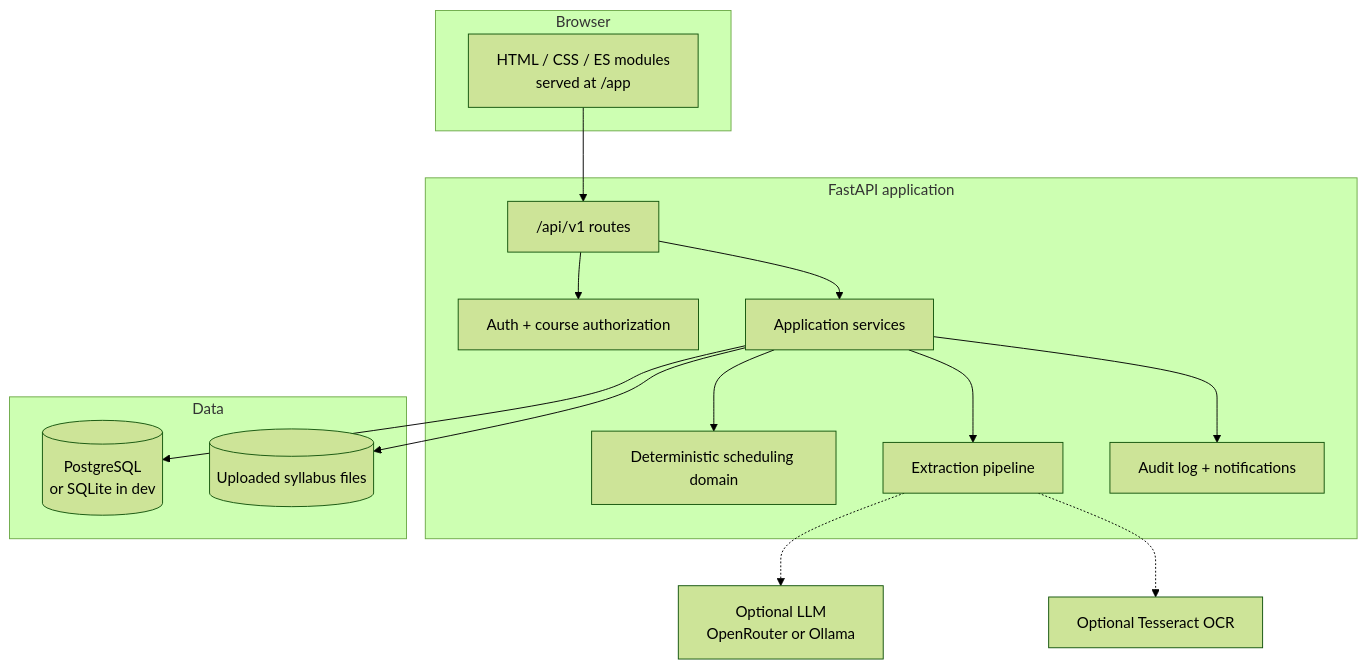
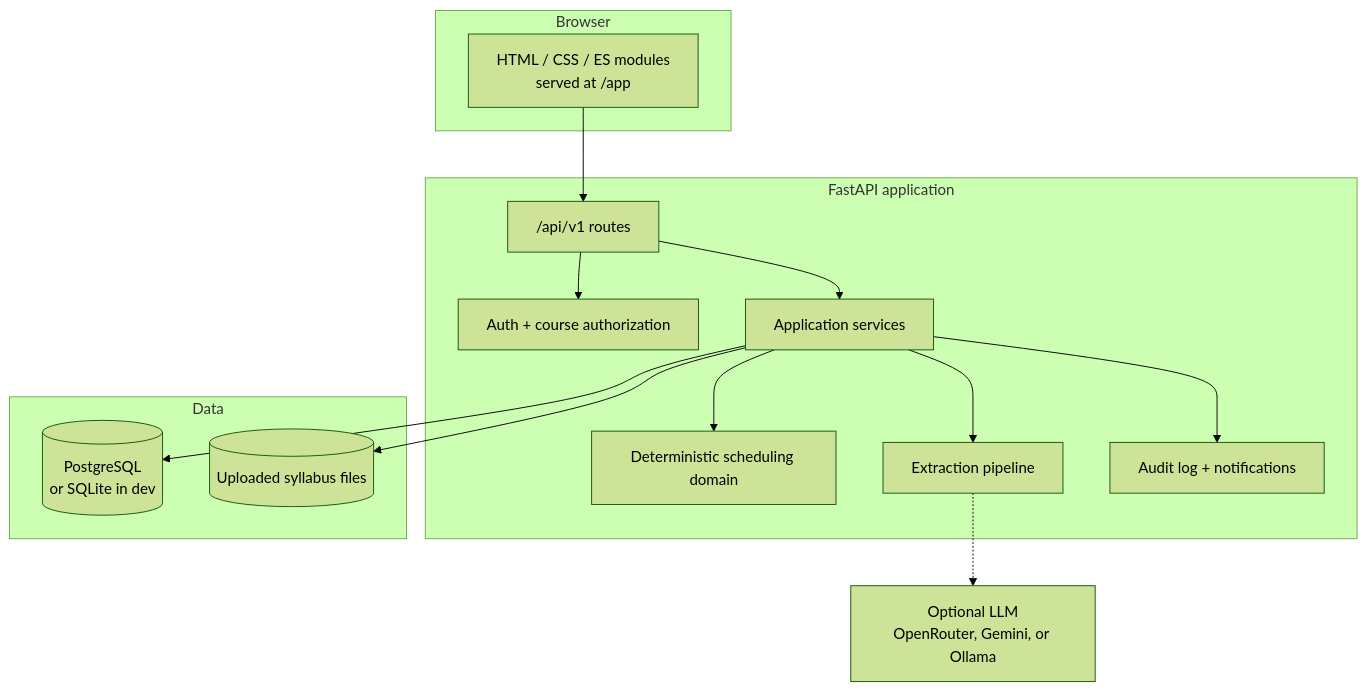
Before and after one commit to yash-dev007/AI-Study-Planner: the diagram in README.md, drawn with Mermaid (forest theme). The commit also changed other lines of this file and 61 other files, not shown here.

````diff
--- a/README.md
+++ b/README.md
@@ -146,34 +148,32 @@
 ```mermaid
 flowchart TB
     subgraph Browser
         UI["HTML / CSS / ES modules<br/>served at /app"]
     end
 
     subgraph Backend["FastAPI application"]
         API["/api/v1 routes"]
         Auth["Auth + course authorization"]
         Services["Application services"]
         Planner["Deterministic scheduling domain"]
         Extract["Extraction pipeline"]
         Audit["Audit log + notifications"]
     end
 
     subgraph Data
         DB[("PostgreSQL<br/>or SQLite in dev")]
         Files[("Uploaded syllabus files")]
     end
 
-    Providers["Optional LLM<br/>OpenRouter or Ollama"]
-    Tesseract["Optional Tesseract OCR"]
+    Providers["Optional LLM<br/>OpenRouter, Gemini, or Ollama"]
 
     UI --> API
     API --> Auth
     API --> Services
     Services --> Planner
     Services --> Extract
     Services --> Audit
     Services --> DB
     Services --> Files
     Extract -.-> Providers
-    Extract -.-> Tesseract
 ```
````
